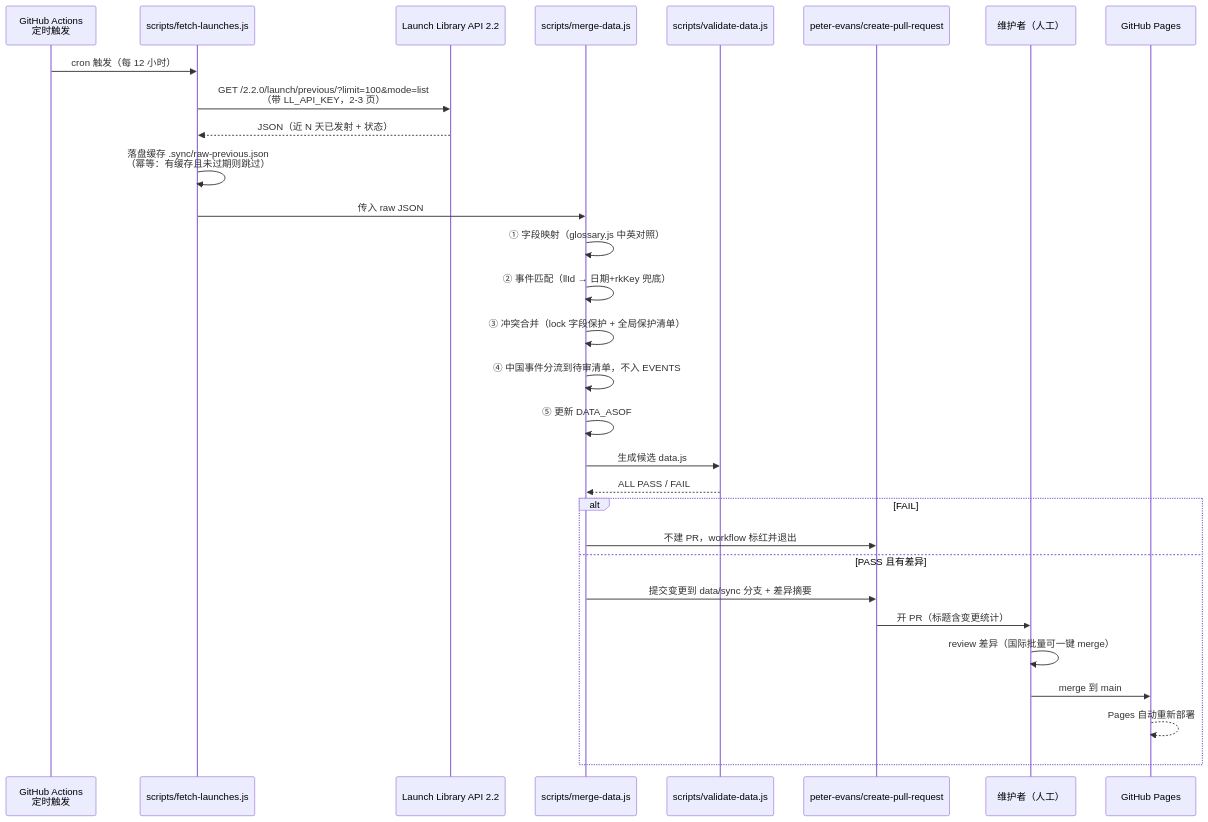
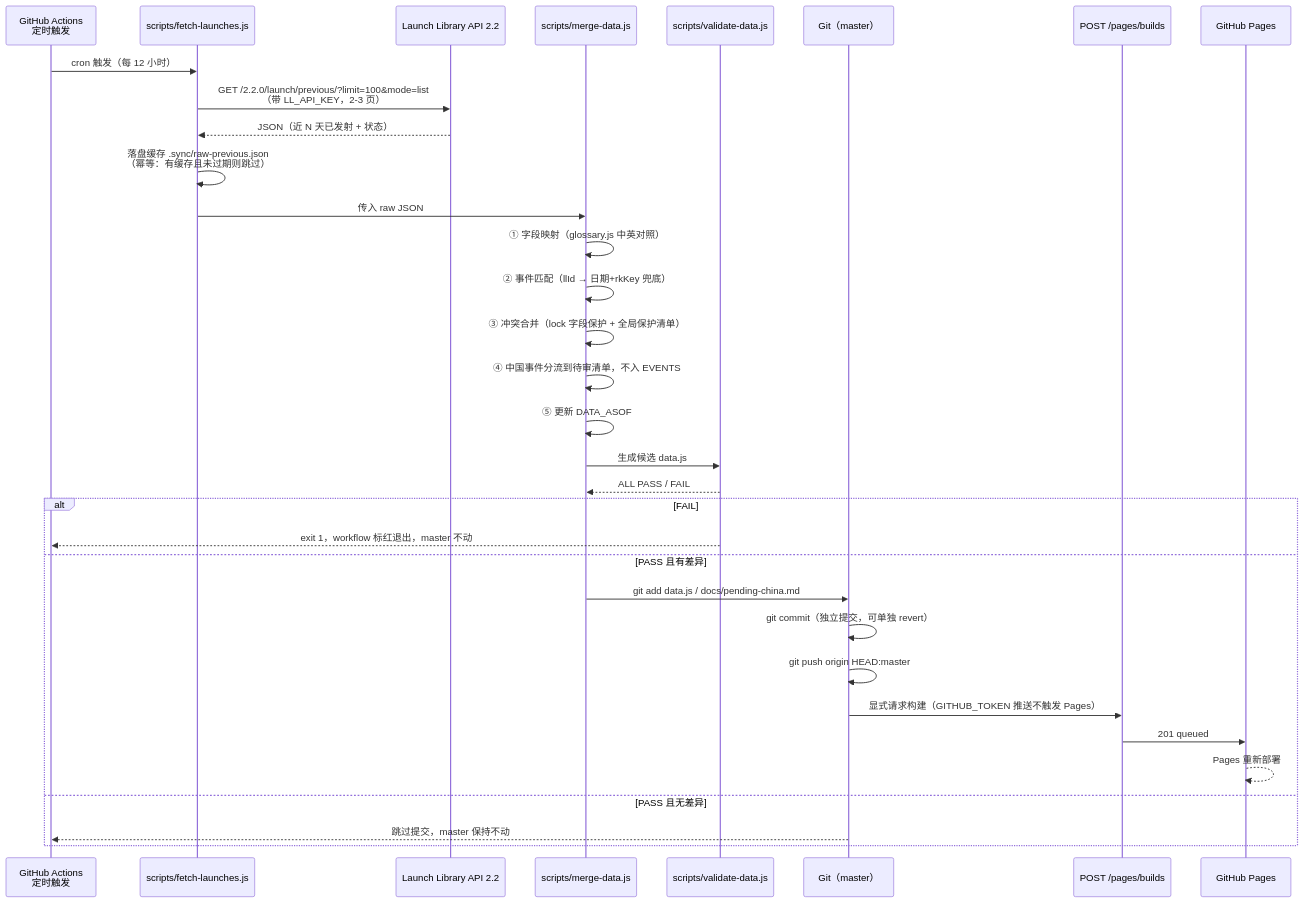
Before and after one commit to LYON-LYON-LYON/launch-2026: the first of 3 diagrams in 设计方案-v8数据更新与公网部署.md, drawn with Mermaid. The commit also changed other lines of this file and 4 other files, not shown here.

First line of the commit message:
feat(ci): 数据同步改为硬门禁后自动推 master 并显式触发 Pages 构建

````diff
--- a/设计方案-v8数据更新与公网部署.md
+++ b/设计方案-v8数据更新与公网部署.md
@@ -56,33 +57,36 @@
 ```mermaid
 sequenceDiagram
     participant Cron as GitHub Actions<br/>定时触发
     participant F as scripts/fetch-launches.js
     participant LL as Launch Library API 2.2
     participant M as scripts/merge-data.js
     participant V as scripts/validate-data.js
-    participant PR as peter-evans/create-pull-request
-    participant H as 维护者（人工）
+    participant G as Git（master）
+    participant B as POST /pages/builds
     participant Pages as GitHub Pages
 
     Cron->>F: cron 触发（每 12 小时）
     F->>LL: GET /2.2.0/launch/previous/?limit=100&mode=list<br/>（带 LL_API_KEY，2-3 页）
     LL-->>F: JSON（近 N 天已发射 + 状态）
     F->>F: 落盘缓存 .sync/raw-previous.json<br/>（幂等：有缓存且未过期则跳过）
     F->>M: 传入 raw JSON
     M->>M: ① 字段映射（glossary.js 中英对照）
     M->>M: ② 事件匹配（llId → 日期+rkKey 兜底）
     M->>M: ③ 冲突合并（lock 字段保护 + 全局保护清单）
     M->>M: ④ 中国事件分流到待审清单，不入 EVENTS
     M->>M: ⑤ 更新 DATA_ASOF
     M->>V: 生成候选 data.js
     V-->>M: ALL PASS / FAIL
     alt FAIL
-        M->>PR: 不建 PR，workflow 标红并退出
+        V-->>Cron: exit 1，workflow 标红退出，master 不动
     else PASS 且有差异
-        M->>PR: 提交变更到 data/sync 分支 + 差异摘要
-        PR->>H: 开 PR（标题含变更统计）
-        H->>H: review 差异（国际批量可一键 merge）
-        H->>Pages: merge 到 main
-        Pages-->>Pages: Pages 自动重新部署
+        M->>G: git add data.js / docs/pending-china.md
+        G->>G: git commit（独立提交，可单独 revert）
+        G->>G: git push origin HEAD:master
+        G->>B: 显式请求构建（GITHUB_TOKEN 推送不触发 Pages）
+        B->>Pages: 201 queued
+        Pages-->>Pages: Pages 重新部署
+    else PASS 且无差异
+        G-->>Cron: 跳过提交，master 保持不动
     end
 ```
````
